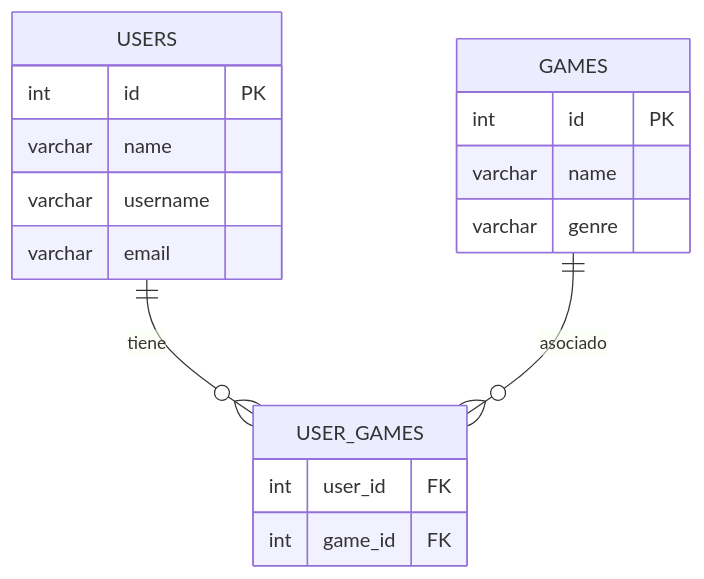
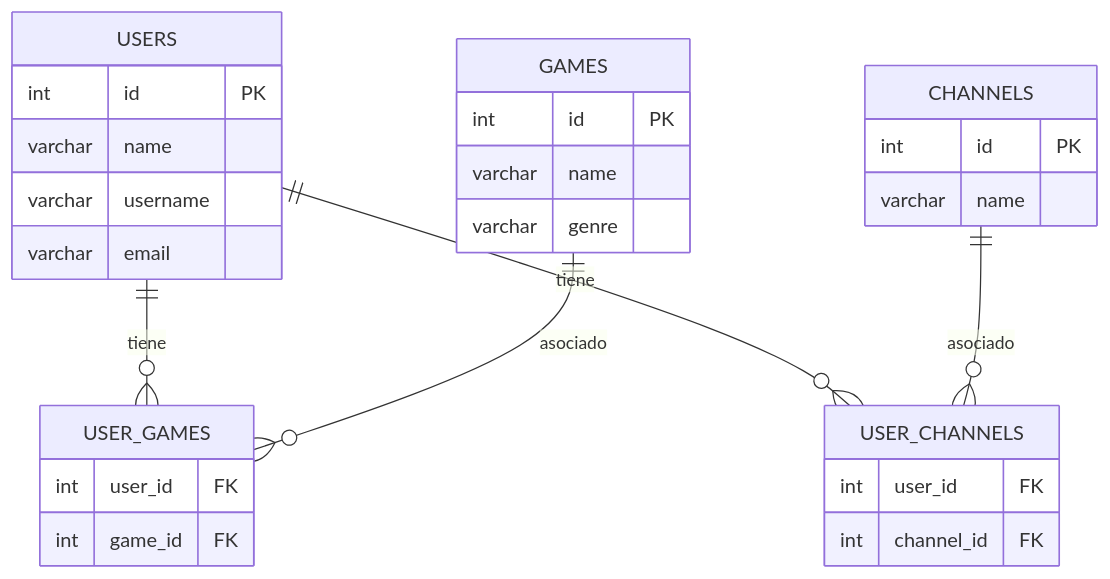
The second of 2 diagrams in docs/readme.md (BerthaGarrastacho/Modulo2MasterTarea1), drawn with Mermaid before and after one commit. The commit also changed other lines of this file and 2 other files, not shown here.

````diff
--- a/docs/readme.md
+++ b/docs/readme.md
@@ -339,20 +429,30 @@
 ```mermaid
 erDiagram
     USERS {
         int id PK
         varchar name
         varchar username
         varchar email
     }
     GAMES {
         int id PK
         varchar name
         varchar genre
     }
     USER_GAMES {
         int user_id FK
         int game_id FK
     }
     USERS ||--o{ USER_GAMES : tiene
     GAMES ||--o{ USER_GAMES : asociado
+    CHANNELS {
+        int id PK
+        varchar name
+    }
+    USER_CHANNELS {
+        int user_id FK
+        int channel_id FK
+    }
+    USERS ||--o{ USER_CHANNELS : tiene
+    CHANNELS ||--o{ USER_CHANNELS : asociado
 ```
````
